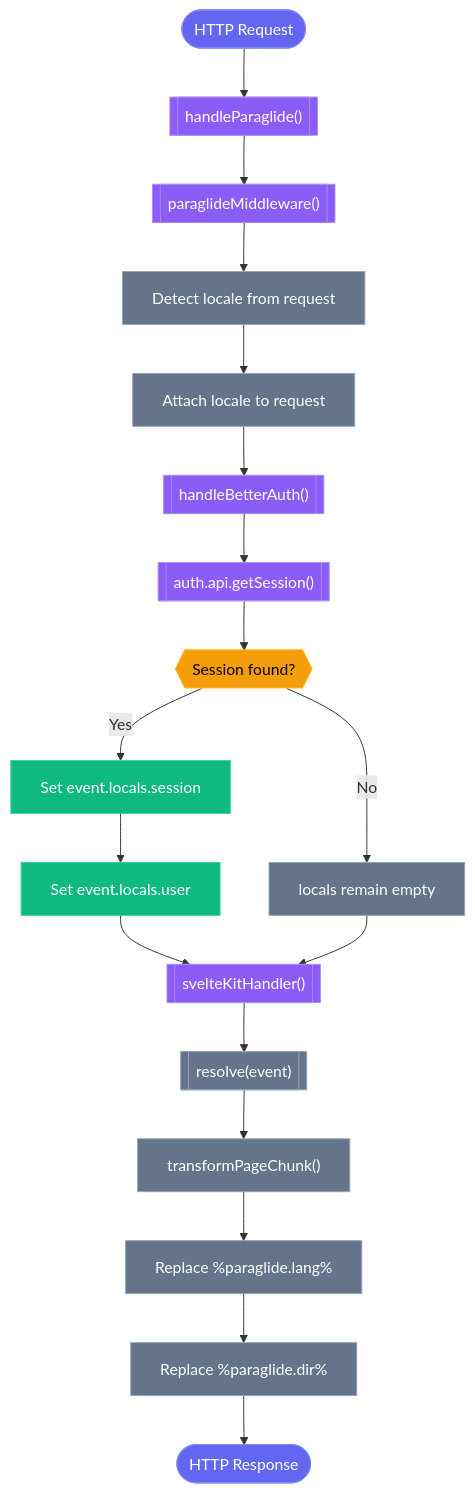
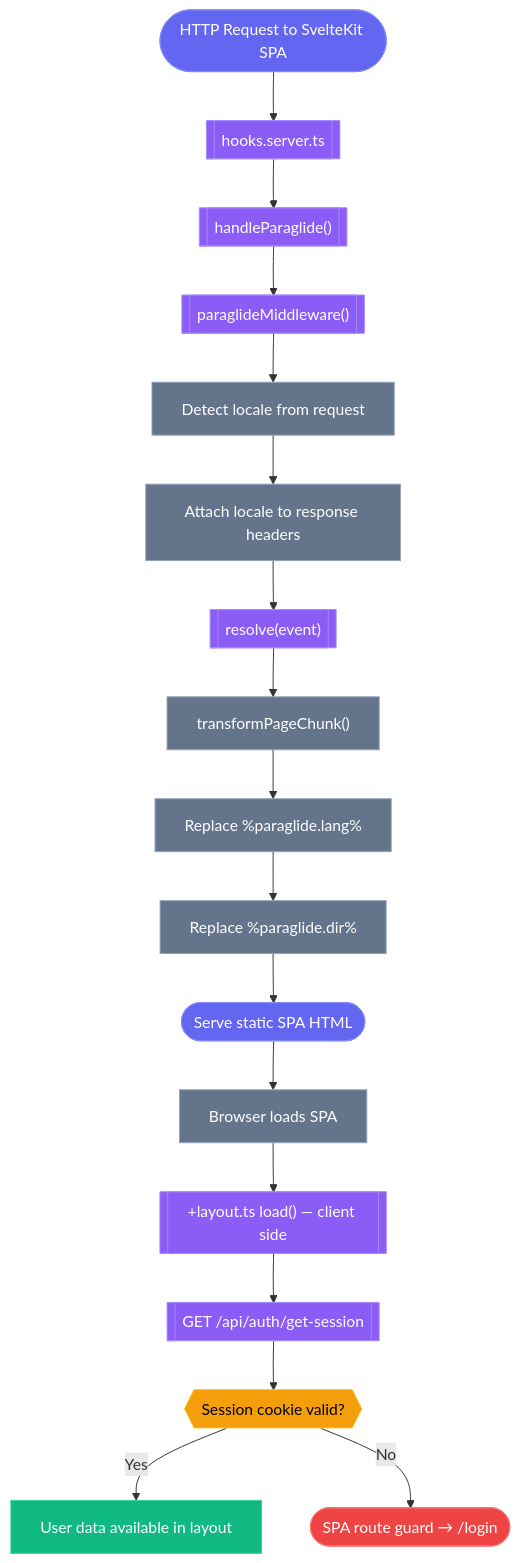
Before and after one commit to Epsilondelta-ai/SHOT: the diagram in flows/auth-session.flow.md, drawn with Mermaid. The commit also changed other lines of this file and 6 other files, not shown here.

First line of the commit message:
플로우 문서 업데이트 - SPA 전환 반영 및 백엔드 플로우 추가

````diff
--- a/flows/auth-session.flow.md
+++ b/flows/auth-session.flow.md
@@ -9,32 +9,34 @@
 ```mermaid
 flowchart TD
-    A(["HTTP Request"]) --> B[["handleParaglide()"]]
-    B --> C[["paraglideMiddleware()"]]
-    C --> D["Detect locale from request"]
-    D --> E["Attach locale to request"]
-    E --> F[["handleBetterAuth()"]]
-    F --> G[["auth.api.getSession()"]]
-    G --> H{{"Session found?"}}
-    H -->|Yes| I["Set event.locals.session"]
-    I --> J["Set event.locals.user"]
-    H -->|No| K["locals remain empty"]
-    J --> L[["svelteKitHandler()"]]
-    K --> L
-    L --> M[["resolve(event)"]]
-    M --> N["transformPageChunk()"]
-    N --> O["Replace %paraglide.lang%"]
-    O --> P["Replace %paraglide.dir%"]
-    P --> Q(["HTTP Response"])
+    A(["HTTP Request to SvelteKit SPA"]) --> B[["hooks.server.ts"]]
+    B --> C[["handleParaglide()"]]
+    C --> D[["paraglideMiddleware()"]]
+    D --> E["Detect locale from request"]
+    E --> F["Attach locale to response headers"]
+    F --> G[["resolve(event)"]]
+    G --> H["transformPageChunk()"]
+    H --> I["Replace %paraglide.lang%"]
+    I --> J["Replace %paraglide.dir%"]
+    J --> K(["Serve static SPA HTML"])
+
+    K --> L["Browser loads SPA"]
+    L --> M[["+layout.ts load() — client side"]]
+    M --> N[["GET /api/auth/get-session"]]
+    N --> O{{"Session cookie valid?"}}
+    O -->|Yes| P["User data available in layout"]
+    O -->|No| Q(["SPA route guard → /login"])
 
     classDef entry fill:#6366f1,stroke:#818cf8,color:#fff
     classDef validation fill:#f59e0b,stroke:#fbbf24,color:#000
     classDef success fill:#10b981,stroke:#34d399,color:#fff
+    classDef error fill:#ef4444,stroke:#f87171,color:#fff
     classDef external fill:#8b5cf6,stroke:#a78bfa,color:#fff
     classDef processing fill:#64748b,stroke:#94a3b8,color:#fff
 
-    class A,Q entry
-    class H validation
-    class I,J success
-    class B,C,F,G,L external
-    class D,E,K,M,N,O,P processing
+    class A,K,Q entry
+    class O validation
+    class P success
+    class Q error
+    class B,C,D,G,M,N external
+    class E,F,H,I,J,L processing
 ```
````
